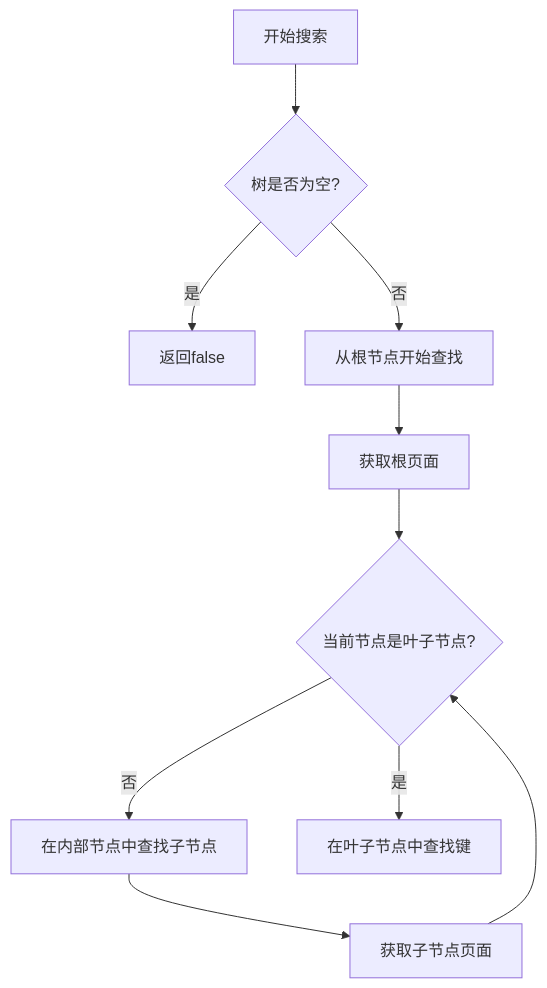
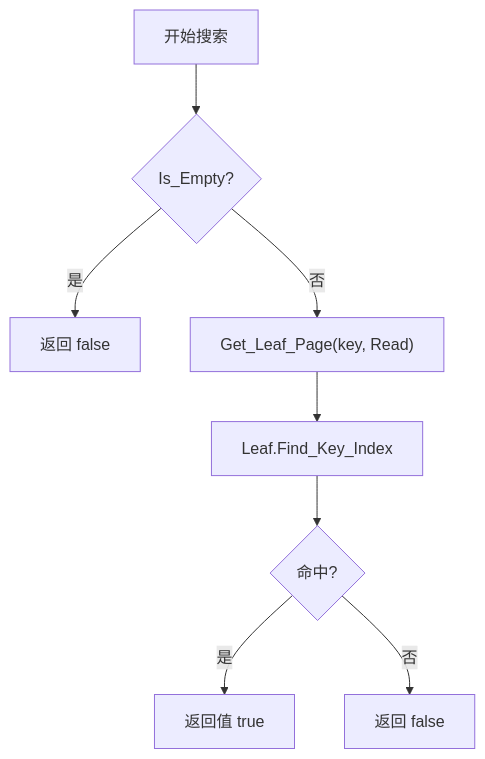
The second of 2 diagrams in doc/并发搜索流程图.md (870255728/bptree), drawn with Mermaid before and after one commit. The commit also changed other lines of this file and 16 other files, not shown here.

````diff
--- a/doc/并发搜索流程图.md
+++ b/doc/并发搜索流程图.md
@@ -87,12 +31,10 @@
 ```mermaid
 flowchart TD
-    A[开始搜索] --> B{树是否为空?}
-    B -->|是| C[返回false]
-    B -->|否| D[从根节点开始查找]
-    D --> E[获取根页面]
-    E --> F{当前节点是叶子节点?}
-    F -->|否| G[在内部节点中查找子节点]
-    G --> H[获取子节点页面]
-    H --> F
-    F -->|是| I[在叶子节点中查找键]
+    A[开始搜索] --> B{Is_Empty?}
+    B -->|是| Z[返回 false]
+    B -->|否| C["Get_Leaf_Page(key, Read)"]
+    C --> D["Leaf.Find_Key_Index"]
+    D --> E{命中?}
+    E -->|是| F[返回值 true]
+    E -->|否| G[返回 false]
 ```
````
